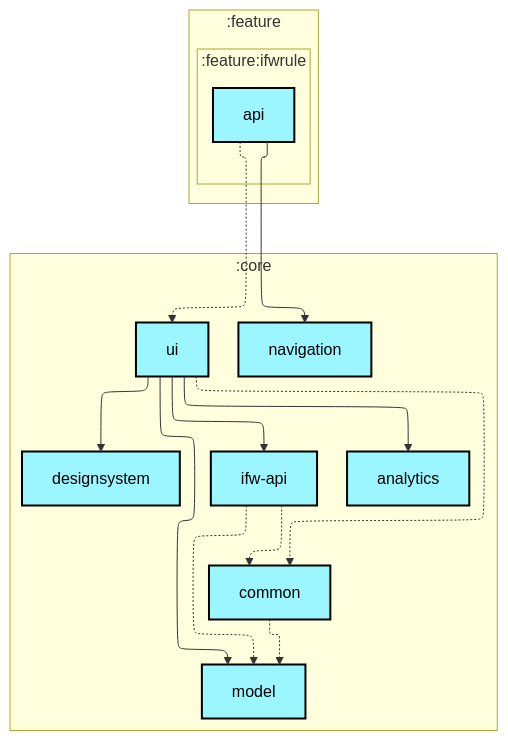
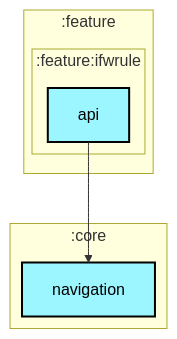
The first of 2 diagrams in feature/ifwrule/api/README.md (lihenggui/blocker), drawn with Mermaid before and after one commit. The commit also changed 29 other files, not shown here.

First line of the commit message:
Update module dependency graphs after boundary cleanup

````diff
--- a/feature/ifwrule/api/README.md
+++ b/feature/ifwrule/api/README.md
@@ -6,44 +6,29 @@
 ```mermaid
 ---
 config:
   layout: elk
   elk:
     nodePlacementStrategy: SIMPLE
 ---
 graph TB
   subgraph :feature
     direction TB
     subgraph :feature:ifwrule
       direction TB
       :feature:ifwrule:api[api]:::android-library
     end
   end
   subgraph :core
     direction TB
-    :core:analytics[analytics]:::android-library
-    :core:common[common]:::android-library
-    :core:designsystem[designsystem]:::android-library
-    :core:ifw-api[ifw-api]:::android-library
-    :core:model[model]:::android-library
     :core:navigation[navigation]:::android-library
-    :core:ui[ui]:::android-library
   end
 
-  :core:common -.-> :core:model
-  :core:ifw-api -.-> :core:common
-  :core:ifw-api -.-> :core:model
-  :core:ui --> :core:analytics
-  :core:ui -.-> :core:common
-  :core:ui --> :core:designsystem
-  :core:ui --> :core:ifw-api
-  :core:ui --> :core:model
   :feature:ifwrule:api --> :core:navigation
-  :feature:ifwrule:api -.-> :core:ui
 
 classDef android-application fill:#CAFFBF,stroke:#000,stroke-width:2px,color:#000;
 classDef android-feature fill:#FFD6A5,stroke:#000,stroke-width:2px,color:#000;
 classDef android-library fill:#9BF6FF,stroke:#000,stroke-width:2px,color:#000;
 classDef android-test fill:#A0C4FF,stroke:#000,stroke-width:2px,color:#000;
 classDef jvm-library fill:#BDB2FF,stroke:#000,stroke-width:2px,color:#000;
 classDef unknown fill:#FFADAD,stroke:#000,stroke-width:2px,color:#000;
 ```
````
